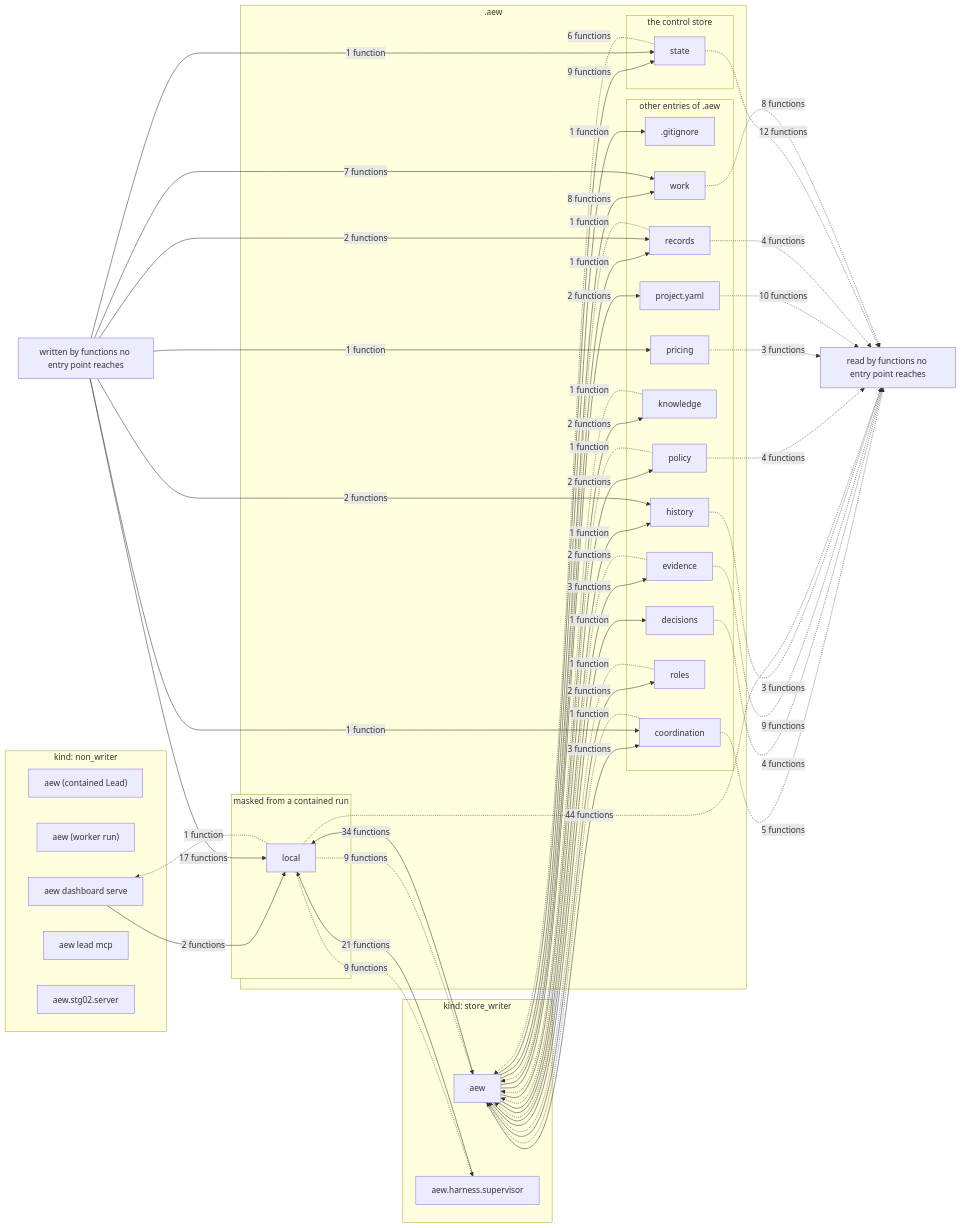
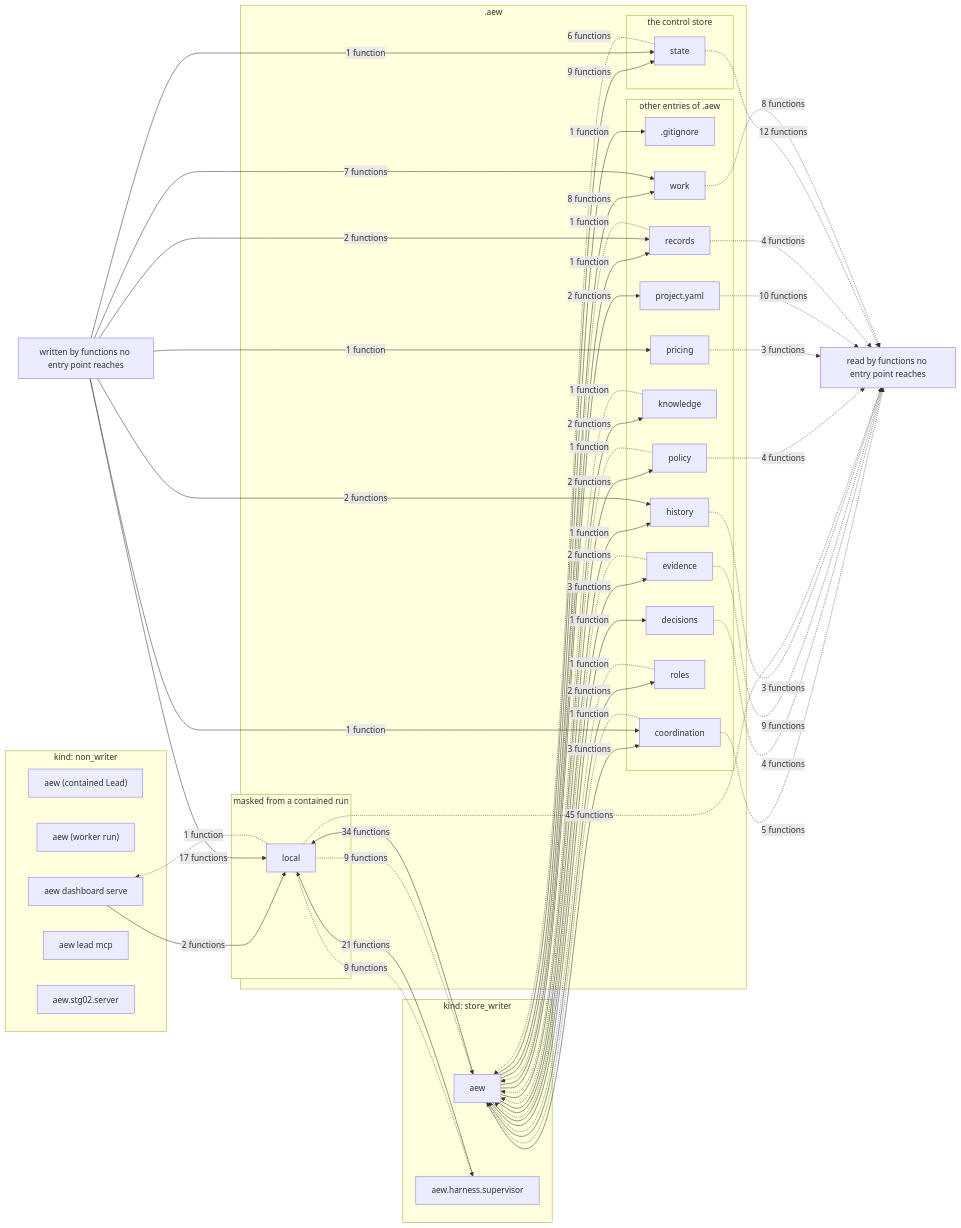
The diagram in docs/reference/data-flow.md (JonSmithTLT/Agentic-Engineering-Workflow), drawn with Mermaid before and after one commit. The commit also changed other lines of this file and 3 other files, not shown here.

First line of the commit message:
fix(reference): raise the value flow's call-site cap above the widest fan-in

````diff
--- a/docs/reference/data-flow.md
+++ b/docs/reference/data-flow.md
@@ -5,81 +5,81 @@
 ```mermaid
 flowchart LR
     subgraph kind_non_writer["kind: non_writer"]
         proc_aew_contained_lead["aew (contained Lead)"]
         proc_aew_worker_run["aew (worker run)"]
         proc_aew_dashboard_serve["aew dashboard serve"]
         proc_aew_lead_mcp["aew lead mcp"]
         proc_aew_stg02_server["aew.stg02.server"]
     end
     subgraph kind_store_writer["kind: store_writer"]
         proc_aew["aew"]
         proc_aew_harness_supervisor["aew.harness.supervisor"]
     end
     subgraph aew_dir[".aew"]
         subgraph group_store["the control store"]
             path_state["state"]
         end
         subgraph group_masked["masked from a contained run"]
             path_local["local"]
         end
         subgraph group_other["other entries of .aew"]
             path_gitignore[".gitignore"]
             path_coordination["coordination"]
             path_decisions["decisions"]
             path_evidence["evidence"]
             path_history["history"]
             path_knowledge["knowledge"]
             path_policy["policy"]
             path_pricing["pricing"]
             path_project_yaml["project.yaml"]
             path_records["records"]
             path_roles["roles"]
             path_work["work"]
         end
     end
     no_writer["written by functions no entry point reaches"]
     no_reader["read by functions no entry point reaches"]
     proc_aew -->|"1 function"| path_gitignore
     proc_aew -->|"3 functions"| path_coordination
     proc_aew -->|"1 function"| path_decisions
     proc_aew -->|"3 functions"| path_evidence
     proc_aew -->|"1 function"| path_history
     proc_aew -->|"2 functions"| path_knowledge
     proc_aew -->|"34 functions"| path_local
     proc_aew -->|"2 functions"| path_policy
     proc_aew -->|"2 functions"| path_project_yaml
     proc_aew -->|"1 function"| path_records
     proc_aew -->|"2 functions"| path_roles
     proc_aew -->|"9 functions"| path_state
     proc_aew -->|"8 functions"| path_work
     proc_aew_dashboard_serve -->|"2 functions"| path_local
     proc_aew_harness_supervisor -->|"21 functions"| path_local
     no_writer -->|"1 function"| path_coordination
     no_writer -->|"2 functions"| path_history
     no_writer -->|"17 functions"| path_local
     no_writer -->|"1 function"| path_pricing
     no_writer -->|"2 functions"| path_records
     no_writer -->|"1 function"| path_state
     no_writer -->|"7 functions"| path_work
     path_coordination -.->|"1 function"| proc_aew
     path_evidence -.->|"2 functions"| proc_aew
     path_knowledge -.->|"1 function"| proc_aew
     path_local -.->|"9 functions"| proc_aew
     path_policy -.->|"1 function"| proc_aew
     path_records -.->|"1 function"| proc_aew
     path_roles -.->|"1 function"| proc_aew
     path_state -.->|"6 functions"| proc_aew
     path_local -.->|"1 function"| proc_aew_dashboard_serve
     path_local -.->|"9 functions"| proc_aew_harness_supervisor
     path_coordination -.->|"5 functions"| no_reader
     path_decisions -.->|"4 functions"| no_reader
     path_evidence -.->|"9 functions"| no_reader
     path_history -.->|"3 functions"| no_reader
-    path_local -.->|"44 functions"| no_reader
+    path_local -.->|"45 functions"| no_reader
     path_policy -.->|"4 functions"| no_reader
     path_pricing -.->|"3 functions"| no_reader
     path_project_yaml -.->|"10 functions"| no_reader
     path_records -.->|"4 functions"| no_reader
     path_state -.->|"12 functions"| no_reader
     path_work -.->|"8 functions"| no_reader
 ```
````
